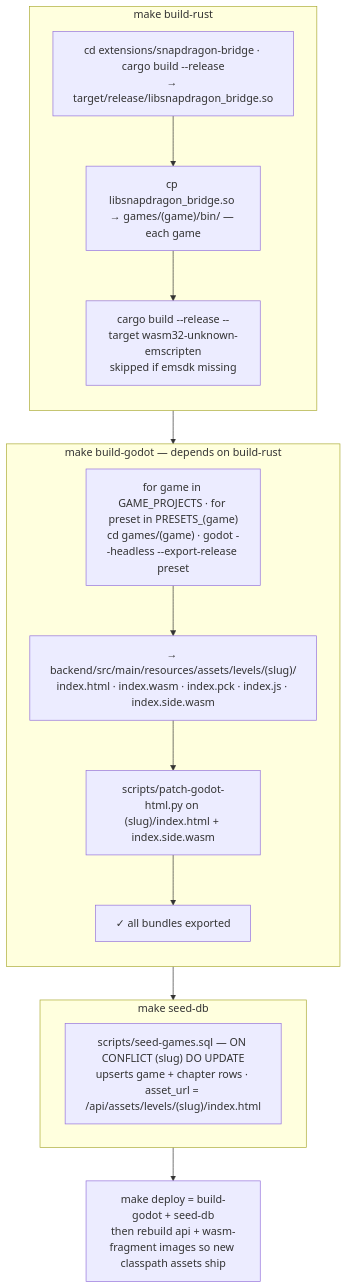
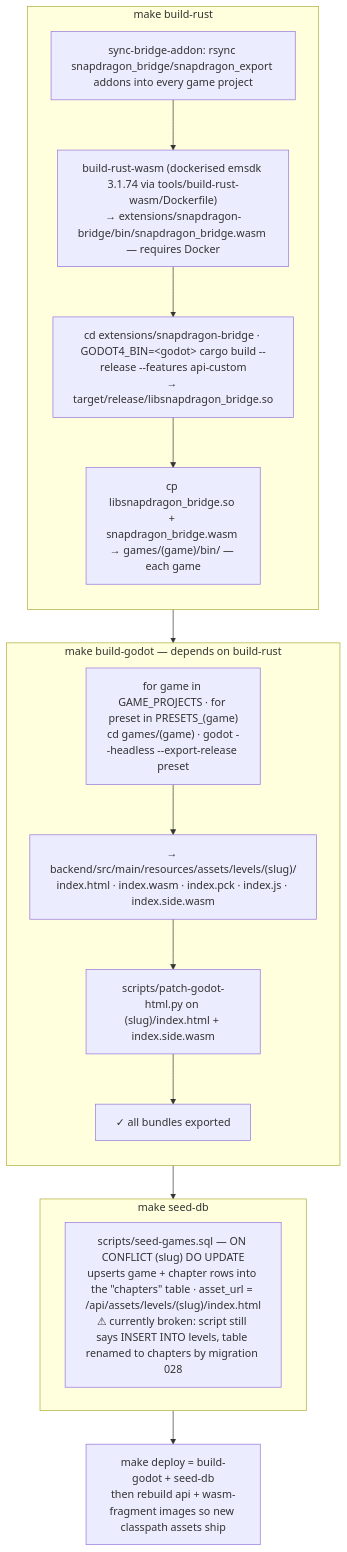
Before and after one commit to hugmesh/hugmesh-games: diagram 47 of 48 in README.md, drawn with Mermaid. The commit also changed other lines of this file, not shown here.

````diff
--- a/README.md
+++ b/README.md
@@ -1163,22 +1179,23 @@
 ```mermaid
 flowchart TB
     subgraph br["make build-rust"]
         direction TB
-        BR1["cd extensions/snapdragon-bridge · cargo build --release<br/>→ target/release/libsnapdragon_bridge.so"]
-        BR2["cp libsnapdragon_bridge.so → games/(game)/bin/ — each game"]
-        BR3["cargo build --release --target wasm32-unknown-emscripten<br/>skipped if emsdk missing"]
-        BR1 --> BR2 --> BR3
+        BR0["sync-bridge-addon: rsync snapdragon_bridge/snapdragon_export addons into every game project"]
+        BR1a["build-rust-wasm (dockerised emsdk 3.1.74 via tools/build-rust-wasm/Dockerfile)<br/>→ extensions/snapdragon-bridge/bin/snapdragon_bridge.wasm — requires Docker"]
+        BR1["cd extensions/snapdragon-bridge · GODOT4_BIN=&lt;godot&gt; cargo build --release --features api-custom<br/>→ target/release/libsnapdragon_bridge.so"]
+        BR2["cp libsnapdragon_bridge.so + snapdragon_bridge.wasm → games/(game)/bin/ — each game"]
+        BR0 --> BR1a --> BR1 --> BR2
     end
     subgraph bg["make build-godot — depends on build-rust"]
         direction TB
         BG1["for game in GAME_PROJECTS · for preset in PRESETS_(game)<br/>cd games/(game) · godot --headless --export-release preset"]
         BG2["→ backend/src/main/resources/assets/levels/(slug)/<br/>index.html · index.wasm · index.pck · index.js · index.side.wasm"]
         BG3["scripts/patch-godot-html.py on (slug)/index.html + index.side.wasm"]
         BG4["✓ all bundles exported"]
         BG1 --> BG2 --> BG3 --> BG4
     end
     subgraph sd["make seed-db"]
-        SD1["scripts/seed-games.sql — ON CONFLICT (slug) DO UPDATE<br/>upserts game + chapter rows · asset_url = /api/assets/levels/(slug)/index.html"]
+        SD1["scripts/seed-games.sql — ON CONFLICT (slug) DO UPDATE<br/>upserts game + chapter rows into the &quot;chapters&quot; table · asset_url = /api/assets/levels/(slug)/index.html<br/>⚠ currently broken: script still says INSERT INTO levels, table renamed to chapters by migration 028"]
     end
     br --> bg --> sd --> Deploy["make deploy = build-godot + seed-db<br/>then rebuild api + wasm-fragment images so new classpath assets ship"]
 ```
````
